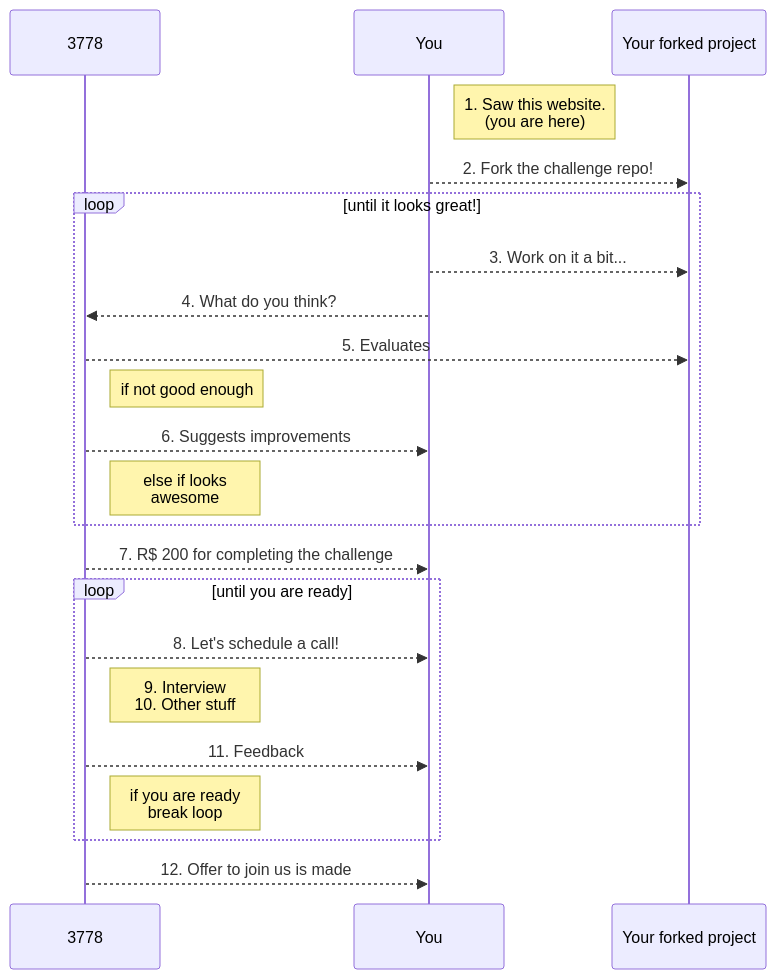
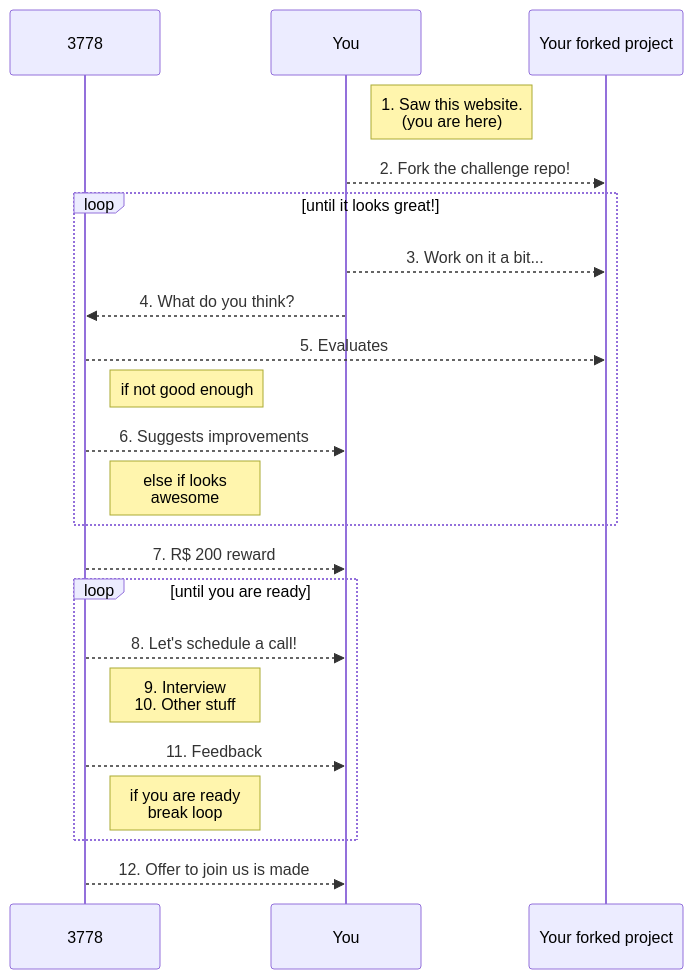
Before and after one commit to 3778/website-research: the diagram in content/join-us.md, drawn with Mermaid.

````diff
--- a/content/join-us.md
+++ b/content/join-us.md
@@ -7,24 +7,24 @@
 ```mermaid
 sequenceDiagram
     participant 3778
     participant You
     participant Your forked project
     Note right of You: 1. Saw this website. <br> (you are here)
     You-->>Your forked project: 2. Fork the challenge repo!
     loop until it looks great!
         You-->>Your forked project: 3. Work on it a bit...
         You-->>3778: 4. What do you think?
         3778-->>Your forked project: 5. Evaluates
         Note right of 3778: if not good enough
         3778-->>You: 6. Suggests improvements
         Note right of 3778: else if looks <br> awesome
     end
-    3778-->>You: 7. R$ 200 for completing the challenge
+    3778-->>You: 7. R$ 200 reward
     loop until you are ready
         3778-->>You: 8. Let's schedule a call!
         Note right of 3778: 9. Interview <br> 10. Other stuff
         3778-->>You: 11. Feedback
         Note right of 3778: if you are ready <br> break loop
     end
     3778-->>You: 12. Offer to join us is made
 ```
````
